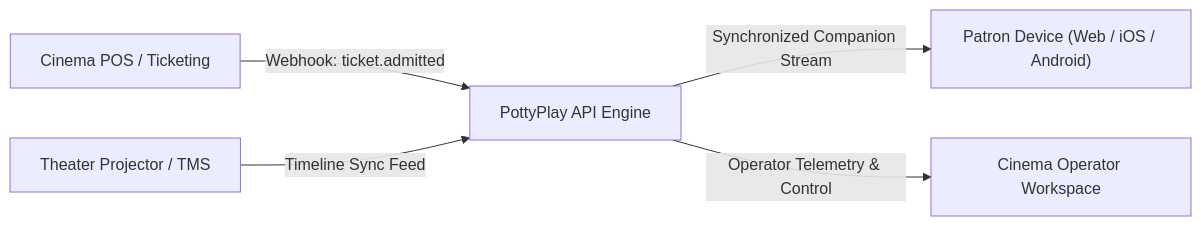
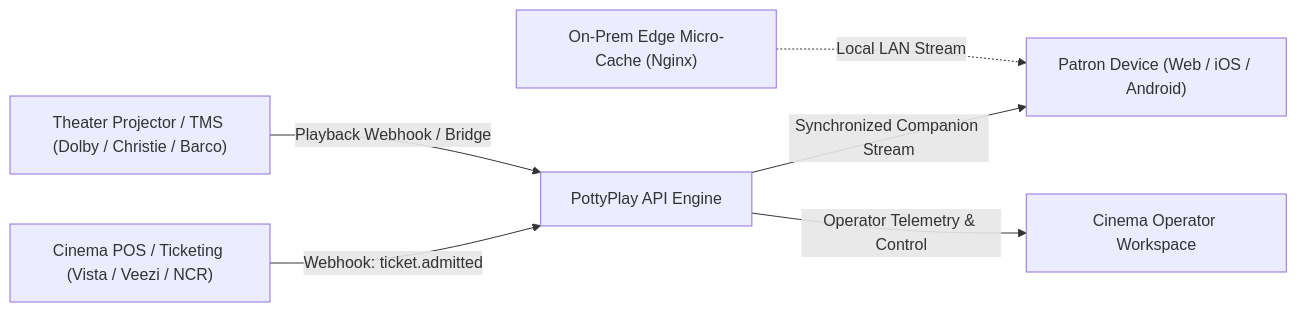
One commit to realmadede/PottyPlay changed the diagram in docs/integrations.md. Above: the diagram before and after it, drawn with Mermaid. The commit also changed other lines of this file and 153 other files, not shown here.

````diff
--- a/docs/integrations.md
+++ b/docs/integrations.md
@@ -14,7 +15,8 @@
 ```mermaid
 flowchart LR
-    POS["Cinema POS / Ticketing"] -->|"Webhook: ticket.admitted"| PP["PottyPlay API Engine"]
-    TMS["Theater Projector / TMS"] -->|"Timeline Sync Feed"| PP
+    POS["Cinema POS / Ticketing (Vista / Veezi / NCR)"] -->|"Webhook: ticket.admitted"| PP["PottyPlay API Engine"]
+    TMS["Theater Projector / TMS (Dolby / Christie / Barco)"] -->|"Playback Webhook / Bridge"| PP
     PP -->|"Synchronized Companion Stream"| Patron["Patron Device (Web / iOS / Android)"]
+    Edge["On-Prem Edge Micro-Cache (Nginx)"] -.->|"Local LAN Stream"| Patron
     PP -->|"Operator Telemetry & Control"| Usher["Cinema Operator Workspace"]
 ```
````
